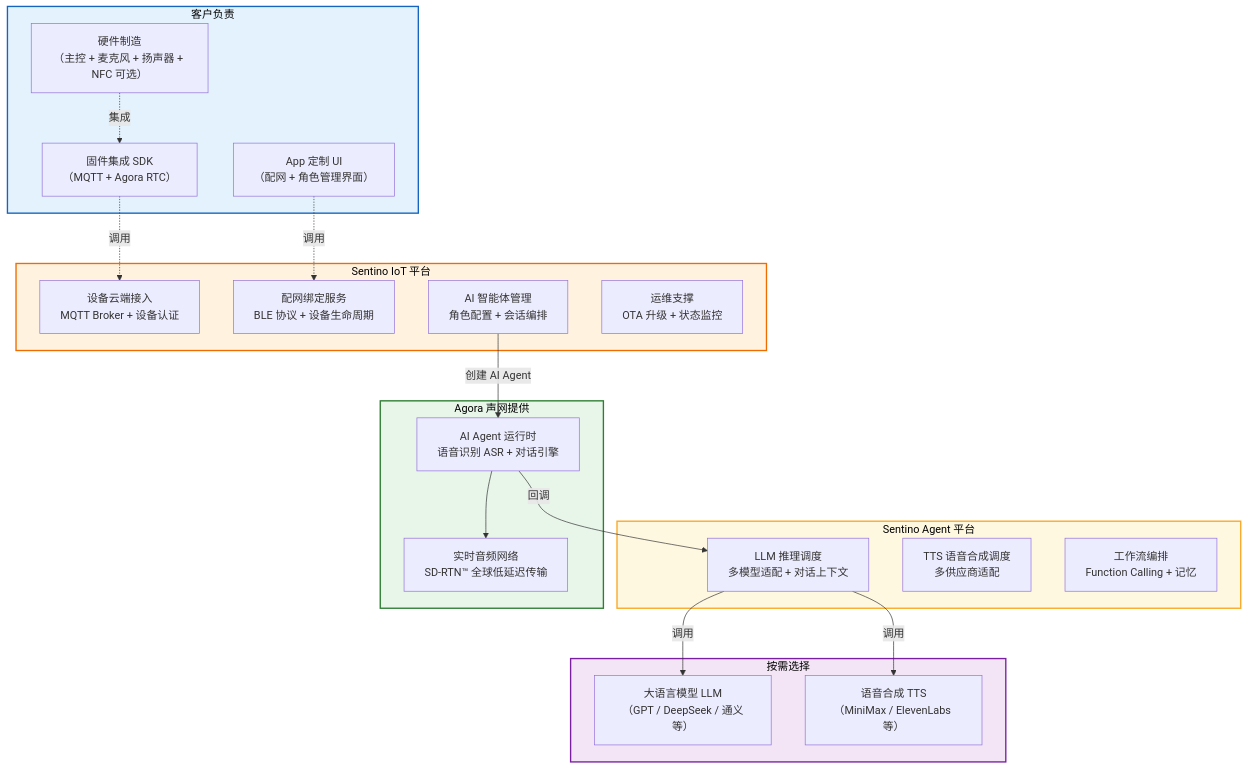
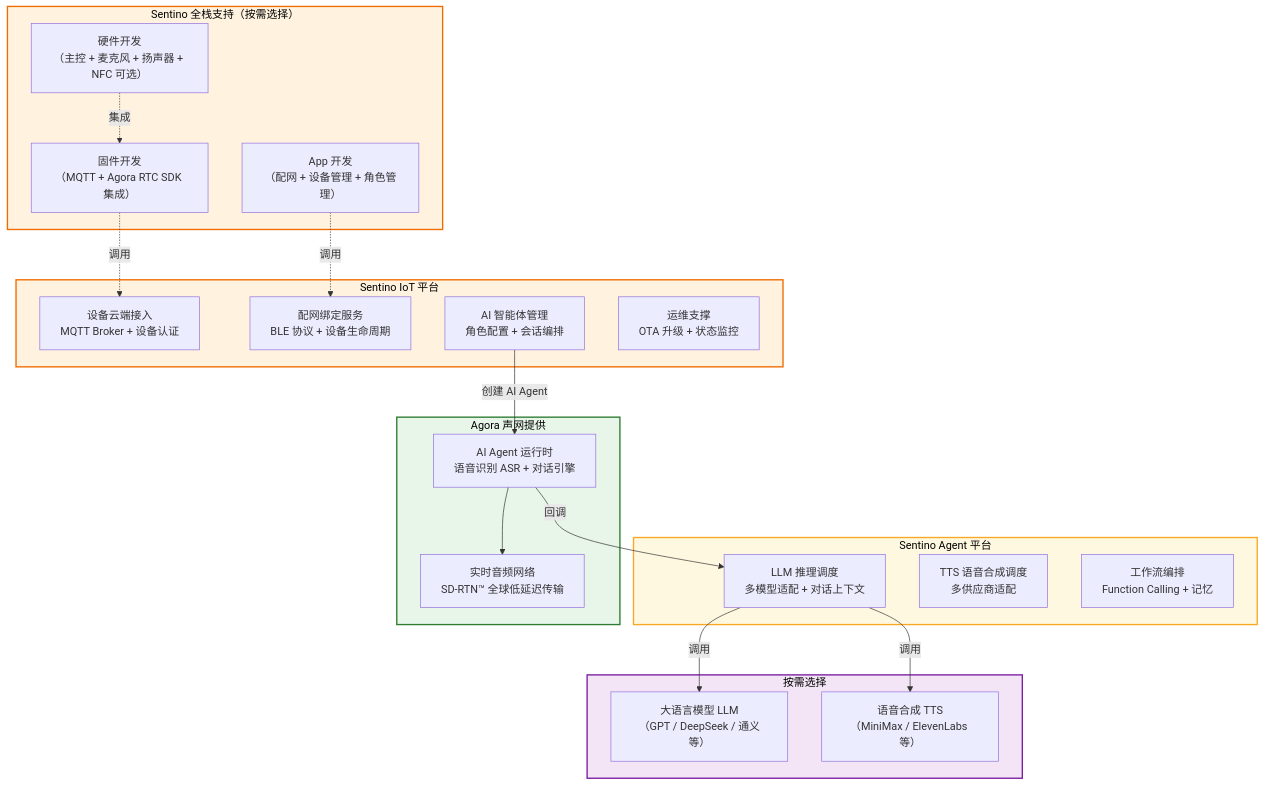
The first of 3 diagrams in architecture-overview.md (sentino-jp/iot-docs), drawn with Mermaid before and after one commit. The commit also changed other lines of this file and 3 other files, not shown here.

````diff
--- a/architecture-overview.md
+++ b/architecture-overview.md
@@ -22,46 +24,46 @@
 ```mermaid
 graph TB
-    subgraph Customer["客户负责"]
-        C1["硬件制造<br/>（主控 + 麦克风 + 扬声器 + NFC 可选）"]
-        C2["固件集成 SDK<br/>（MQTT + Agora RTC）"]
-        C3["App 定制 UI<br/>（配网 + 角色管理界面）"]
+    subgraph Delivery["Sentino 全栈支持（按需选择）"]
+        C1["硬件开发<br/>（主控 + 麦克风 + 扬声器 + NFC 可选）"]
+        C2["固件开发<br/>（MQTT + Agora RTC SDK 集成）"]
+        C3["App 开发<br/>（配网 + 设备管理 + 角色管理）"]
     end
 
     subgraph SentinoIoT["Sentino IoT 平台"]
         S1["设备云端接入<br/>MQTT Broker + 设备认证"]
         S2["配网绑定服务<br/>BLE 协议 + 设备生命周期"]
         S3["AI 智能体管理<br/>角色配置 + 会话编排"]
         S4["运维支撑<br/>OTA 升级 + 状态监控"]
     end
 
     subgraph SentinoAgent["Sentino Agent 平台"]
         S5["LLM 推理调度<br/>多模型适配 + 对话上下文"]
         S6["TTS 语音合成调度<br/>多供应商适配"]
         S7["工作流编排<br/>Function Calling + 记忆"]
     end
 
     subgraph Agora["Agora 声网提供"]
         A1["实时音频网络<br/>SD-RTN™ 全球低延迟传输"]
         A2["AI Agent 运行时<br/>语音识别 ASR + 对话引擎"]
     end
 
     subgraph External["按需选择"]
         E1["大语言模型 LLM<br/>（GPT / DeepSeek / 通义等）"]
         E2["语音合成 TTS<br/>（MiniMax / ElevenLabs 等）"]
     end
 
     C1 -.->|"集成"| C2
     C2 -.->|"调用"| S1
     C3 -.->|"调用"| S2
     S3 -->|"创建 AI Agent"| A2
     A2 --> A1
     A2 -->|"回调"| S5
     S5 -->|"调用"| E1
     S5 -->|"调用"| E2
 
-    style Customer fill:#E3F2FD,stroke:#1565C0,stroke-width:2px,color:#000
+    style Delivery fill:#FFF3E0,stroke:#EF6C00,stroke-width:2px,color:#000
     style SentinoIoT fill:#FFF3E0,stroke:#EF6C00,stroke-width:2px,color:#000
     style SentinoAgent fill:#FFF8E1,stroke:#F9A825,stroke-width:2px,color:#000
     style Agora fill:#E8F5E9,stroke:#2E7D32,stroke-width:2px,color:#000
     style External fill:#F3E5F5,stroke:#7B1FA2,stroke-width:2px,color:#000
 ```
````
